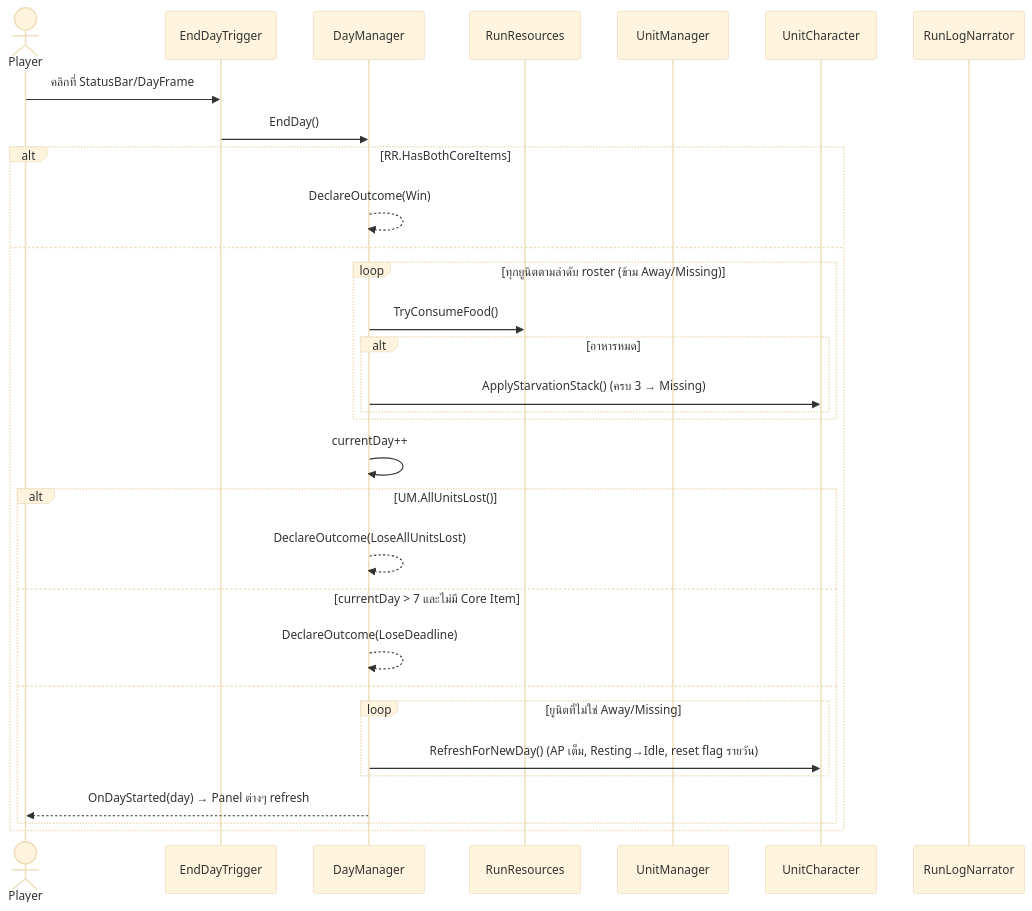
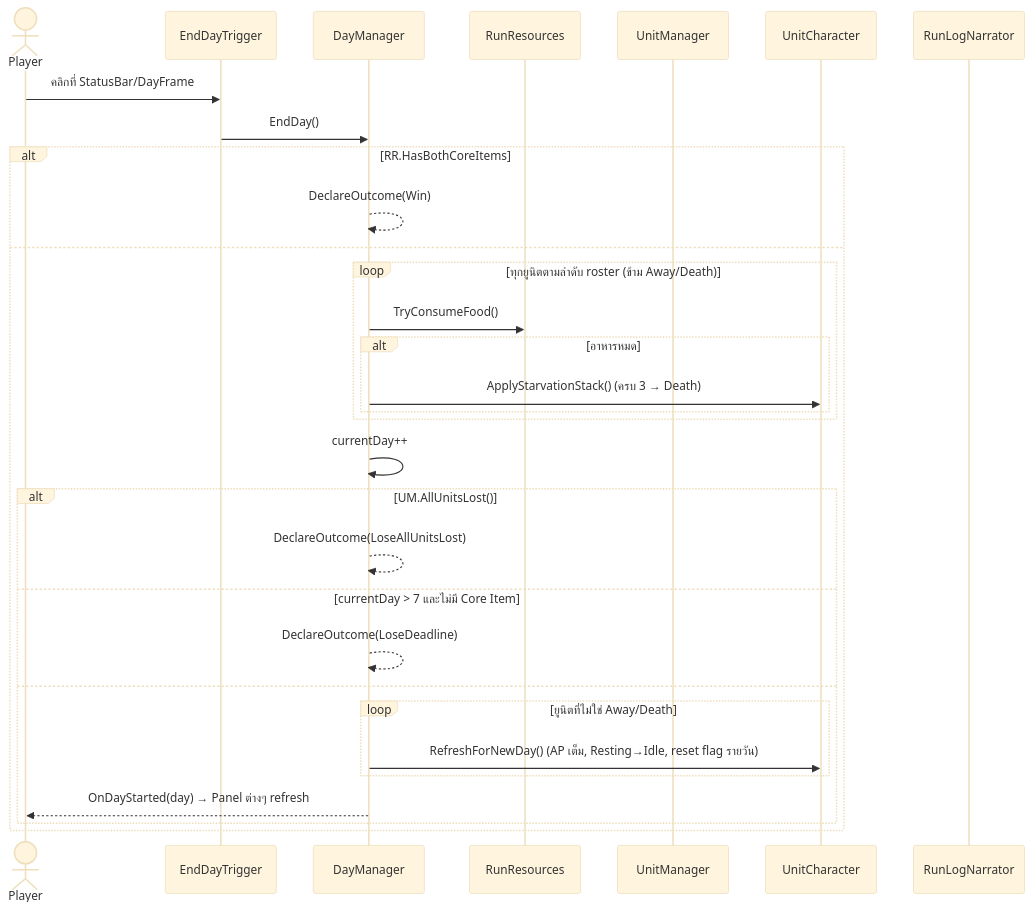
One commit to nopponaim603/clogged changed the seventh of 7 diagrams in docs/software/04-unity-system-design.md. Above: the diagram before and after it, drawn with Mermaid (base theme). The commit also changed other lines of this file and 141 other files, not shown here.

````diff
--- a/docs/software/04-unity-system-design.md
+++ b/docs/software/04-unity-system-design.md
@@ -322,34 +371,34 @@
 ```mermaid
 sequenceDiagram
     actor P as Player
     participant EDT as EndDayTrigger
     participant DM as DayManager
     participant RR as RunResources
     participant UM as UnitManager
     participant U as UnitCharacter
     participant NR as RunLogNarrator
 
     P->>EDT: คลิกที่ StatusBar/DayFrame
     EDT->>DM: EndDay()
     alt RR.HasBothCoreItems
         DM-->>DM: DeclareOutcome(Win)
     else
-        loop ทุกยูนิตตามลำดับ roster (ข้าม Away/Missing)
+        loop ทุกยูนิตตามลำดับ roster (ข้าม Away/Death)
             DM->>RR: TryConsumeFood()
             alt อาหารหมด
-                DM->>U: ApplyStarvationStack() (ครบ 3 → Missing)
+                DM->>U: ApplyStarvationStack() (ครบ 3 → Death)
             end
         end
         DM->>DM: currentDay++
         alt UM.AllUnitsLost()
             DM-->>DM: DeclareOutcome(LoseAllUnitsLost)
         else currentDay > 7 และไม่มี Core Item
             DM-->>DM: DeclareOutcome(LoseDeadline)
         else
-            loop ยูนิตที่ไม่ใช่ Away/Missing
+            loop ยูนิตที่ไม่ใช่ Away/Death
                 DM->>U: RefreshForNewDay() (AP เต็ม, Resting→Idle, reset flag รายวัน)
             end
             DM-->>P: OnDayStarted(day) → Panel ต่างๆ refresh
         end
     end
 ```
````
